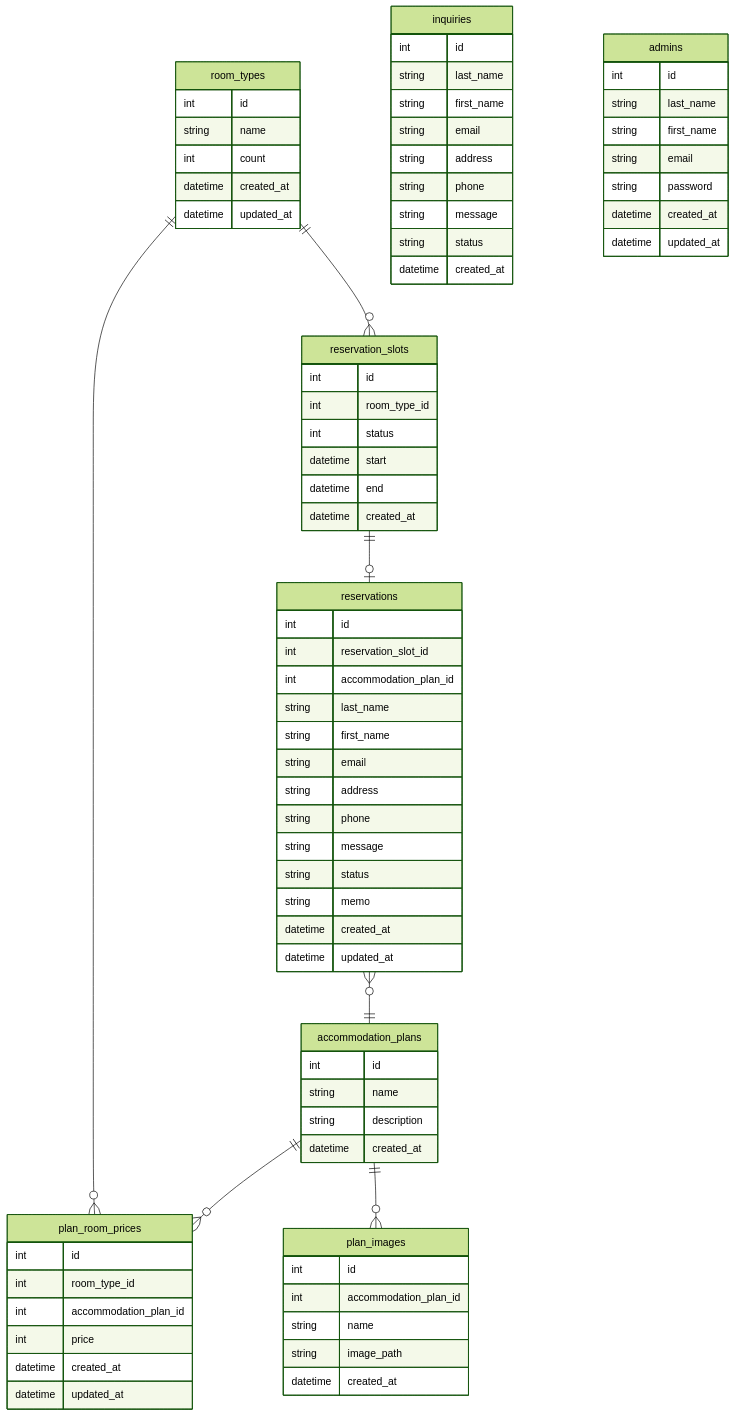
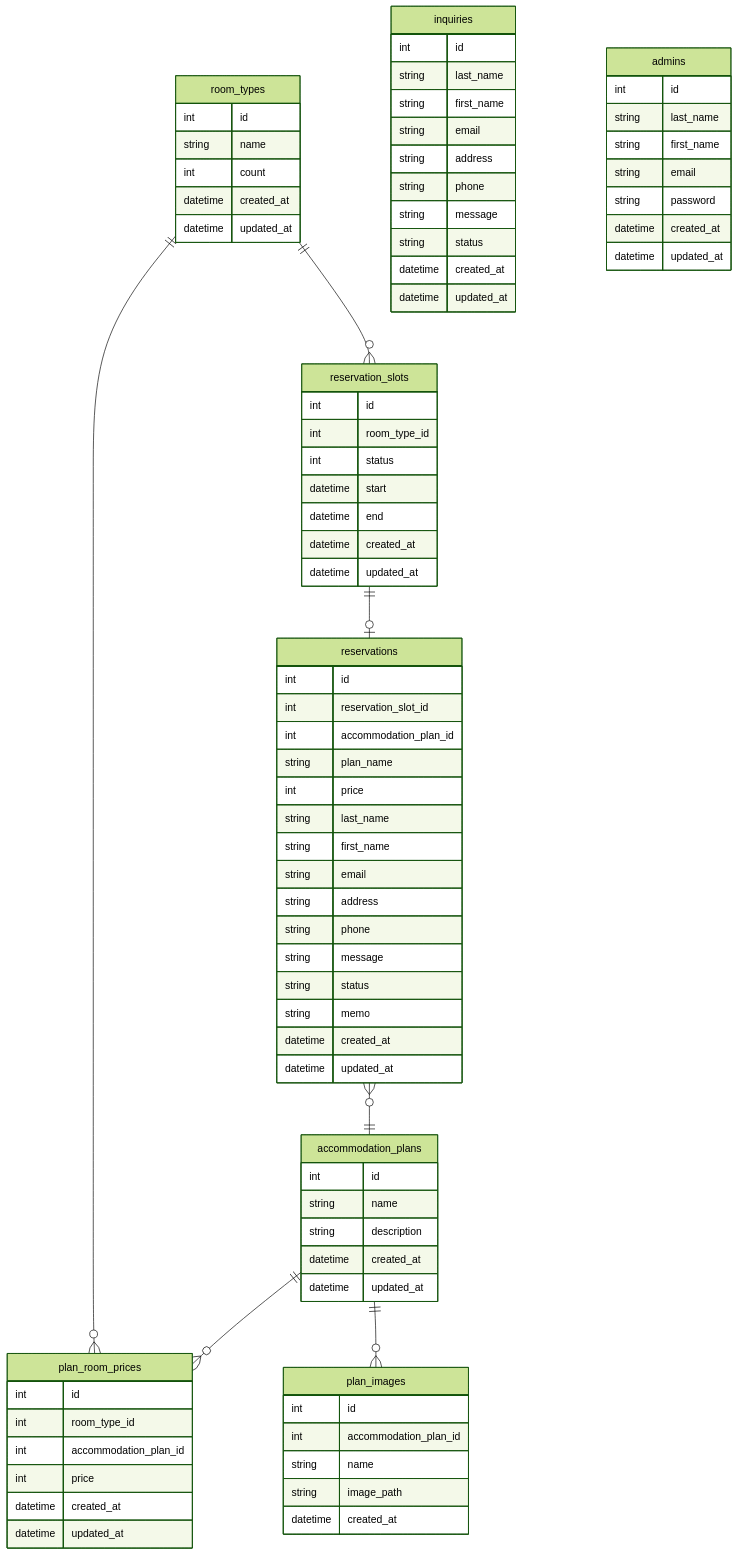
The diagram in hotel-reservation/doc/er.mmd (linuxfirstMint/your-school), drawn with Mermaid (forest theme) before and after one commit. The commit also changed 1 other file, not shown here.

Commit message:
docs: テーブル定義書を作成、ER図にカラム詳細を追加
- テーブル定義書（table_define.md）を新規作成
  - 全8テーブルの型・NULL制約・デフォルト値・備考を定義
  - reservationsにスナップショット用のplan_name・priceカラムを追加
- ER図（er.mmd）を更新
  - 全テーブルにカラムを追加
  - reservation_slots・accommodation_plans・inquiriesにupdated_atを追加

```diff
--- a/hotel-reservation/doc/er.mmd
+++ b/hotel-reservation/doc/er.mmd
@@ -1,110 +1,115 @@
 erDiagram
 
     %% 予約枠の内、一つが予約として確定する
     %% 空き枠には予約がまだ入っていない状態もあるから、0または1
     reservation_slots ||--o| reservations: "" 
     
     %% 複数の予約が1つのプランに紐づく
     reservations }o--|| accommodation_plans: ""
 
     %% 1つの部屋タイプは複数の予約枠を持つ（日付ごとに枠が存在する）
     room_types ||--o{ reservation_slots: ""
     
     %% プラン×部屋タイプで金額が決まる
     accommodation_plans ||--o{ plan_room_prices: ""
     room_types ||--o{ plan_room_prices: ""
 
     %%一つのプランは複数の画像を持つ
     accommodation_plans ||--o{ plan_images: ""
 
 %% ||--o{ : 「1対多」
 %% || (左側) : 1側。片側が必ず1つであることを示します（必須）。
 %% o{ (右側) : 多側。0個以上（Zero or Many）であることを示します。
 
 
     %%予約
     reservations {
         int id
         int reservation_slot_id
         int accommodation_plan_id
+        string plan_name
+        int price
         string last_name
         string first_name
         string email
         string address
         string phone
         string message
         string status
         string memo
         datetime created_at
         datetime updated_at
     }
 
     %%予約枠
     reservation_slots {
         int id
         int room_type_id
         int status
         datetime start
         datetime end
         datetime created_at
+        datetime updated_at
     }
     
     %%宿泊プラン
     accommodation_plans {
         int id
         string name
         string description
         datetime created_at
+        datetime updated_at
     }
 
     %%宿泊プランイメージ
     plan_images {
         int id
         int accommodation_plan_id
         string name
         string image_path
         datetime created_at
     }
 
     %%部屋
     room_types{
         int id
         string name
         int count
         datetime created_at
         datetime updated_at
     }
     
     %%プラン×部屋タイプによる金額
     plan_room_prices{
         int id
         int room_type_id
         int accommodation_plan_id
         int price
         datetime created_at
         datetime updated_at
     }
 
     %%問い合わせ
     inquiries {
         int id
         string last_name
         string first_name
         string email
         string address
         string phone
         string message
         string status
         datetime created_at
+        datetime updated_at
     }
 
     %%管理者
     admins {
         int id
         string last_name
         string first_name
         string email
         string password
         datetime created_at
         datetime updated_at
     }
```
